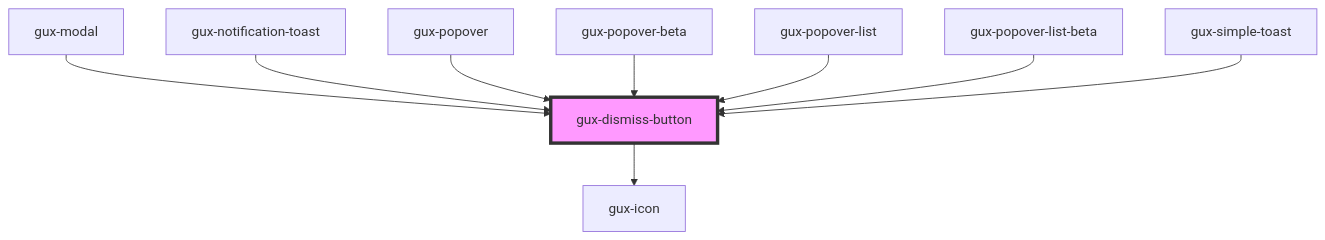
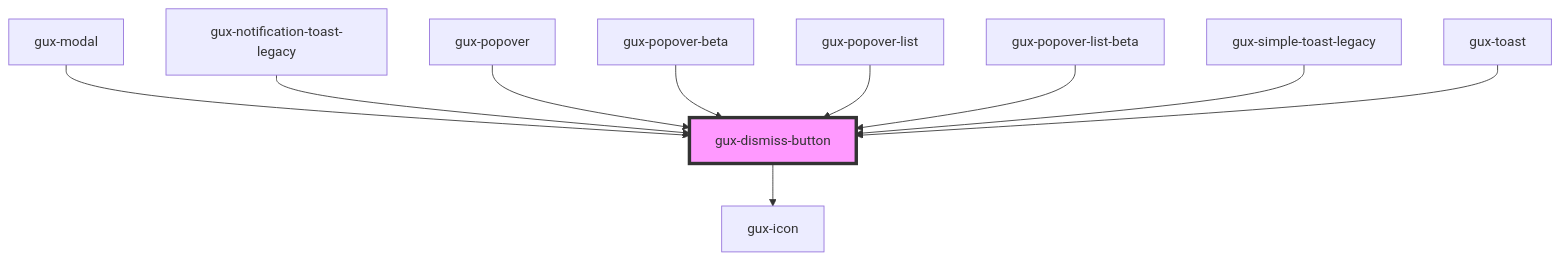
The diagram in packages/genesys-spark-components/src/components/stable/gux-dismiss-button/readme.md (MyPureCloud/genesys-spark), drawn with Mermaid before and after one commit. The commit also changed other lines of this file and 38 other files, not shown here.

Commit message:
feat(toast): creating gux-toast and moving old toast components to legacy

````diff
--- a/packages/genesys-spark-components/src/components/stable/gux-dismiss-button/readme.md
+++ b/packages/genesys-spark-components/src/components/stable/gux-dismiss-button/readme.md
@@ -32,12 +33,13 @@
 ```mermaid
 graph TD;
   gux-dismiss-button --> gux-icon
   gux-modal --> gux-dismiss-button
-  gux-notification-toast --> gux-dismiss-button
+  gux-notification-toast-legacy --> gux-dismiss-button
   gux-popover --> gux-dismiss-button
   gux-popover-beta --> gux-dismiss-button
   gux-popover-list --> gux-dismiss-button
   gux-popover-list-beta --> gux-dismiss-button
-  gux-simple-toast --> gux-dismiss-button
+  gux-simple-toast-legacy --> gux-dismiss-button
+  gux-toast --> gux-dismiss-button
   style gux-dismiss-button fill:#f9f,stroke:#333,stroke-width:4px
 ```
````
